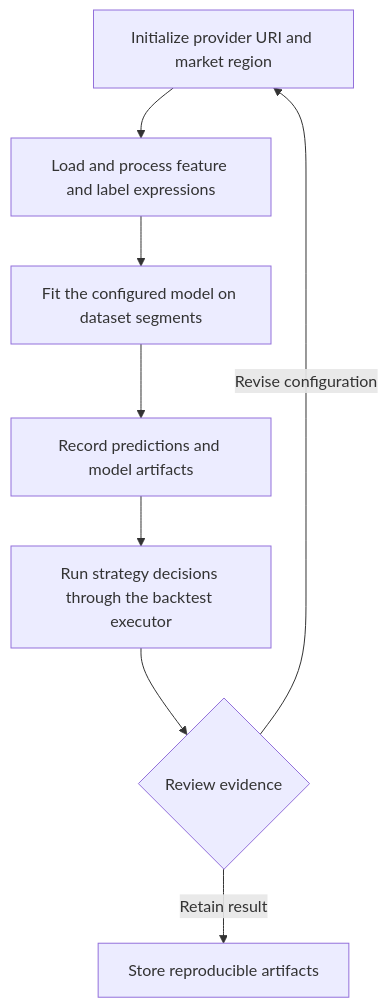
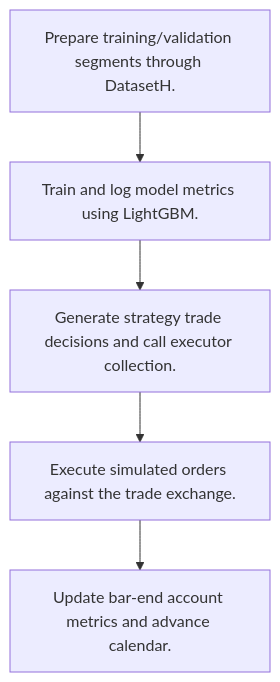
One commit to alexcwyu/qlib changed the third of 4 diagrams in docs/ayu-develop.md. Above: the diagram before and after it, drawn with Mermaid. The commit also changed other lines of this file and 7 other files, not shown here.

Commit message:
docs: standardize source-reviewed system guides and offline diagrams

````diff
--- a/docs/ayu-develop.md
+++ b/docs/ayu-develop.md
@@ -75,12 +146,12 @@
 ```mermaid
 flowchart TD
-    W0["Initialize provider URI and market region"]
-    W1["Load and process feature and label expressions"]
-    W2["Fit the configured model on dataset segments"]
-    W3["Record predictions and model artifacts"]
-    W4["Run strategy decisions through the backtest executor"]
-    W0 --> W1 --> W2 --> W3 --> W4
-    W4 --> R{"Review evidence"}
-    R -->|Revise configuration| W0
-    R -->|Retain result| A["Store reproducible artifacts"]
+  W0["Prepare training/validation segments through DatasetH."]
+  W1["Train and log model metrics using LightGBM."]
+  W0 --> W1
+  W2["Generate strategy trade decisions and call executor collection."]
+  W1 --> W2
+  W3["Execute simulated orders against the trade exchange."]
+  W2 --> W3
+  W4["Update bar-end account metrics and advance calendar."]
+  W3 --> W4
 ```
````
